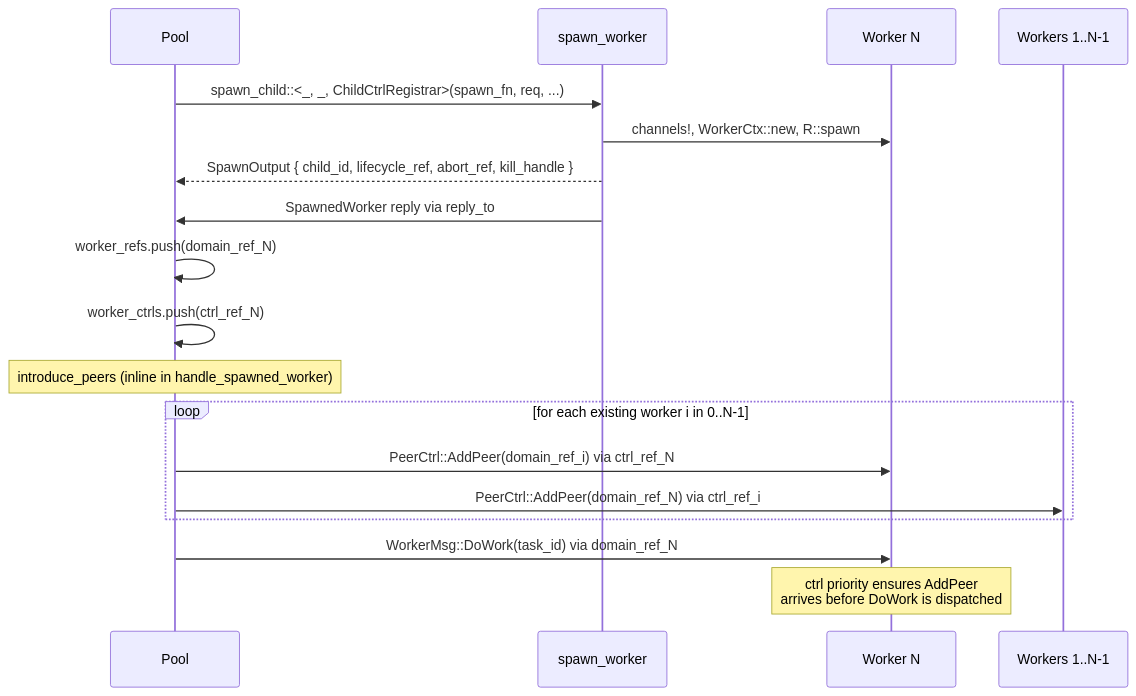
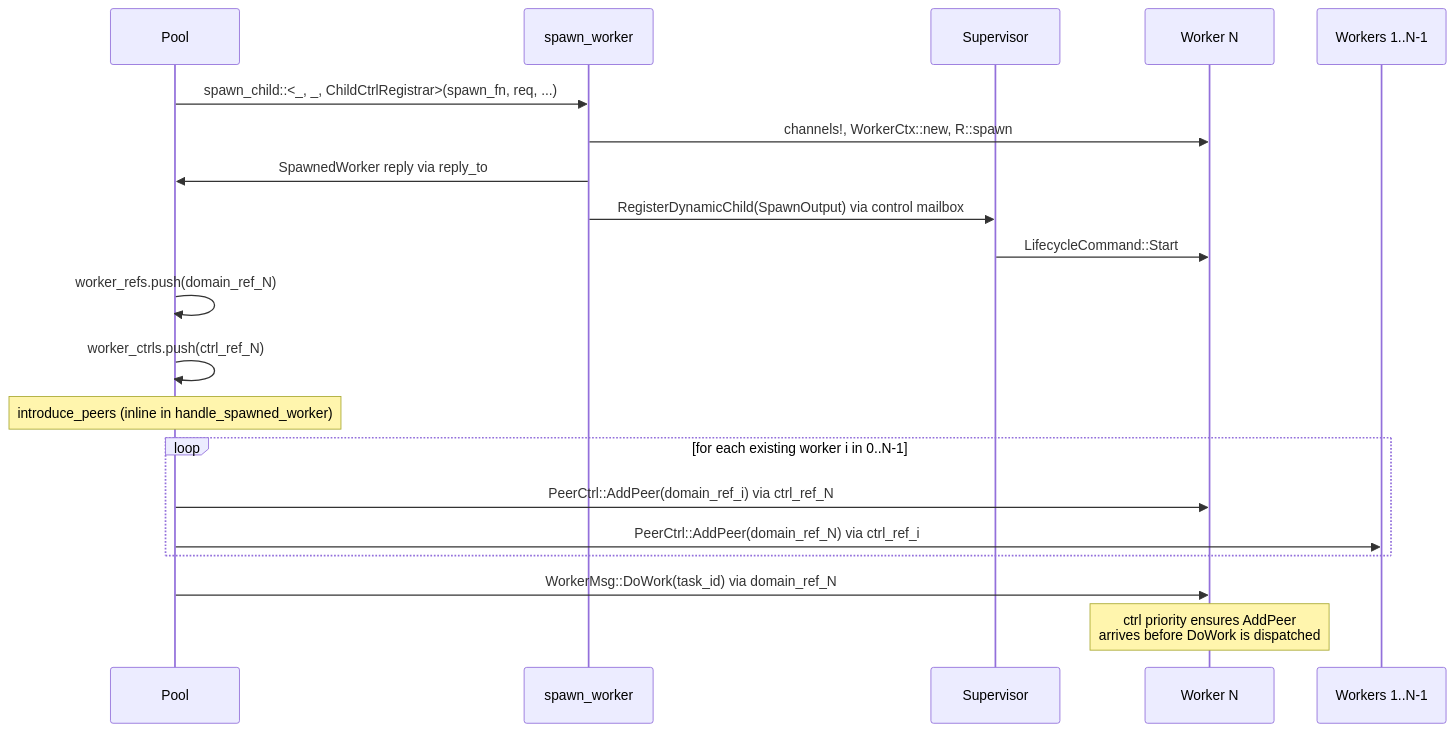
The first of 2 diagrams in spec/architecture/18-spawn-architecture.md (bloxide-com/bloxide), drawn with Mermaid before and after one commit. The commit also changed other lines of this file and 33 other files, not shown here.

````diff
--- a/spec/architecture/18-spawn-architecture.md
+++ b/spec/architecture/18-spawn-architecture.md
@@ -997,24 +1078,26 @@
 ```mermaid
 sequenceDiagram
     participant Pool
     participant Factory as spawn_worker
+    participant Sup as Supervisor
     participant NewWorker as Worker N
     participant OldWorker as Workers 1..N-1
 
     Pool->>Factory: spawn_child::<_, _, ChildCtrlRegistrar>(spawn_fn, req, ...)
     Factory->>NewWorker: channels!, WorkerCtx::new, R::spawn
-    Factory-->>Pool: SpawnOutput { child_id, lifecycle_ref, abort_ref, kill_handle }
     Factory->>Pool: SpawnedWorker reply via reply_to
+    Factory->>Sup: RegisterDynamicChild(SpawnOutput) via control mailbox
+    Sup->>NewWorker: LifecycleCommand::Start
 
     Pool->>Pool: worker_refs.push(domain_ref_N)
     Pool->>Pool: worker_ctrls.push(ctrl_ref_N)
 
     Note over Pool: introduce_peers (inline in handle_spawned_worker)
     loop for each existing worker i in 0..N-1
         Pool->>NewWorker: PeerCtrl::AddPeer(domain_ref_i) via ctrl_ref_N
         Pool->>OldWorker: PeerCtrl::AddPeer(domain_ref_N) via ctrl_ref_i
     end
 
     Pool->>NewWorker: WorkerMsg::DoWork(task_id) via domain_ref_N
     Note over NewWorker: ctrl priority ensures AddPeer<br/>arrives before DoWork is dispatched
 ```
````
